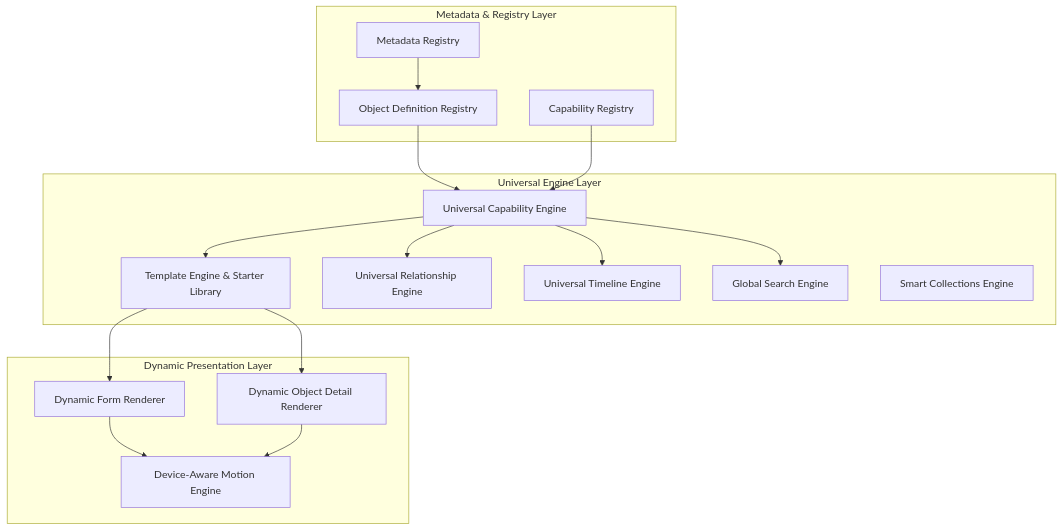
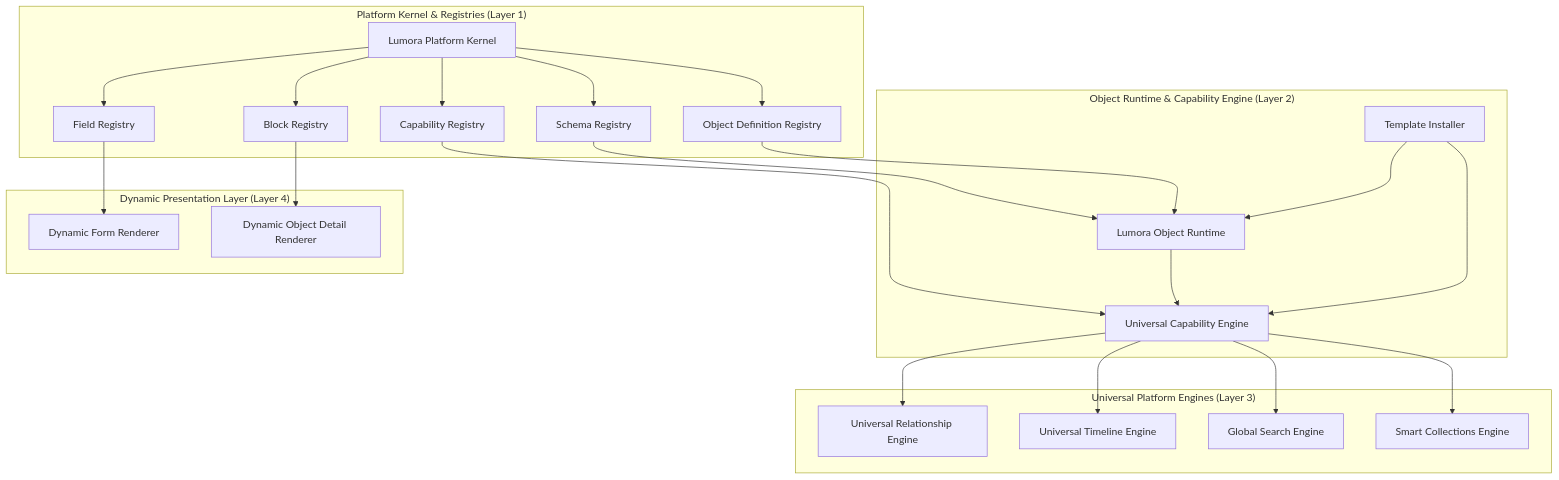
The first of 2 diagrams in docs/architecture/PHASE_5_MASTER_ARCHITECTURE.md (Adinarayan20/Lumora), drawn with Mermaid before and after one commit. The commit also changed other lines of this file and 2 other files, not shown here.

Commit message:
docs(architecture): complete Senior Staff Architecture Review & ADR-014 (Architecture Frozen)

````diff
--- a/docs/architecture/PHASE_5_MASTER_ARCHITECTURE.md
+++ b/docs/architecture/PHASE_5_MASTER_ARCHITECTURE.md
@@ -17,35 +21,46 @@
 ```mermaid
 graph TD
-    subgraph "Metadata & Registry Layer"
-        MR[Metadata Registry]
+    subgraph "Platform Kernel & Registries (Layer 1)"
+        LPK[Lumora Platform Kernel]
+        SR[Schema Registry]
         ODR[Object Definition Registry]
         CR[Capability Registry]
+        FR[Field Registry]
+        BR[Block Registry]
+        LPK --> SR
+        LPK --> ODR
+        LPK --> CR
+        LPK --> FR
+        LPK --> BR
     end
 
-    subgraph "Universal Engine Layer"
+    subgraph "Object Runtime & Capability Engine (Layer 2)"
+        LOR[Lumora Object Runtime]
         UCE[Universal Capability Engine]
-        TE[Template Engine & Starter Library]
+        TI[Template Installer]
+        SR --> LOR
+        ODR --> LOR
+        CR --> UCE
+        LOR --> UCE
+        TI --> LOR
+        TI --> UCE
+    end
+
+    subgraph "Universal Platform Engines (Layer 3)"
         RE[Universal Relationship Engine]
         UT[Universal Timeline Engine]
-        US[Global Search Engine]
+        SE[Global Search Engine]
         SC[Smart Collections Engine]
+        UCE --> RE
+        UCE --> UT
+        UCE --> SE
+        UCE --> SC
     end
 
-    subgraph "Dynamic Presentation Layer"
+    subgraph "Dynamic Presentation Layer (Layer 4)"
         DFR[Dynamic Form Renderer]
         DDR[Dynamic Object Detail Renderer]
-        ME[Device-Aware Motion Engine]
+        FR --> DFR
+        BR --> DDR
     end
-
-    ODR --> UCE
-    MR --> ODR
-    CR --> UCE
-    UCE --> TE
-    UCE --> RE
-    UCE --> UT
-    UCE --> US
-    TE --> DFR
-    TE --> DDR
-    DFR --> ME
-    DDR --> ME
 ```
````
